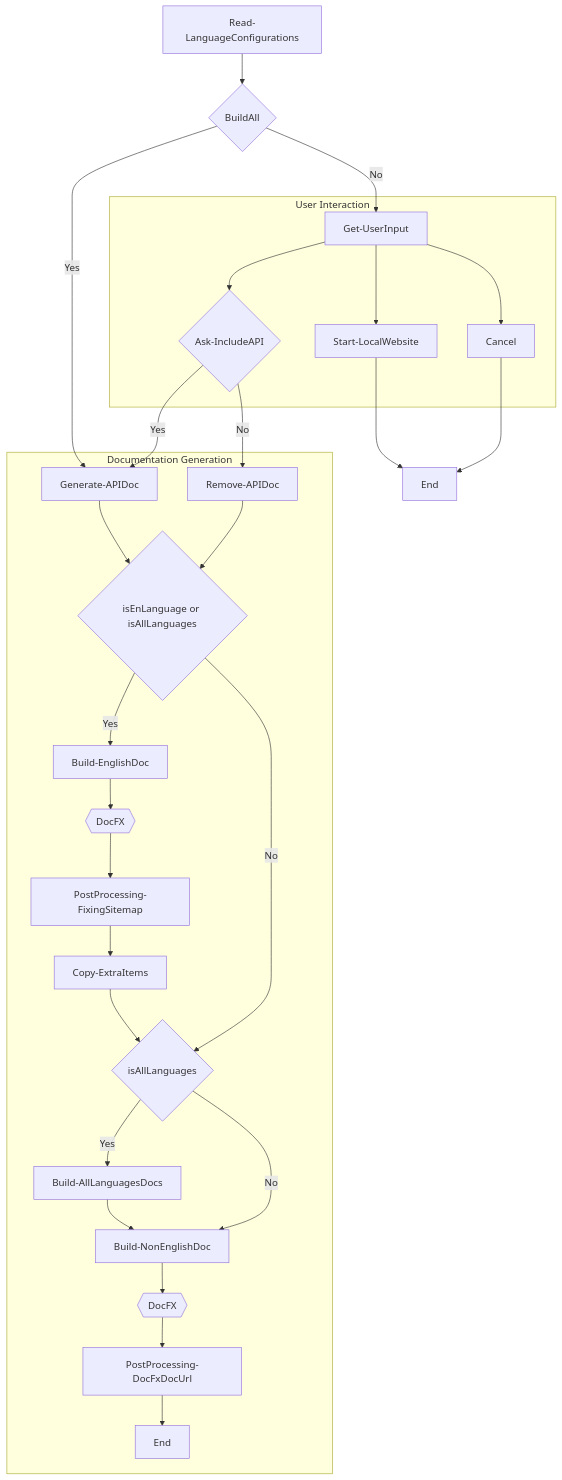
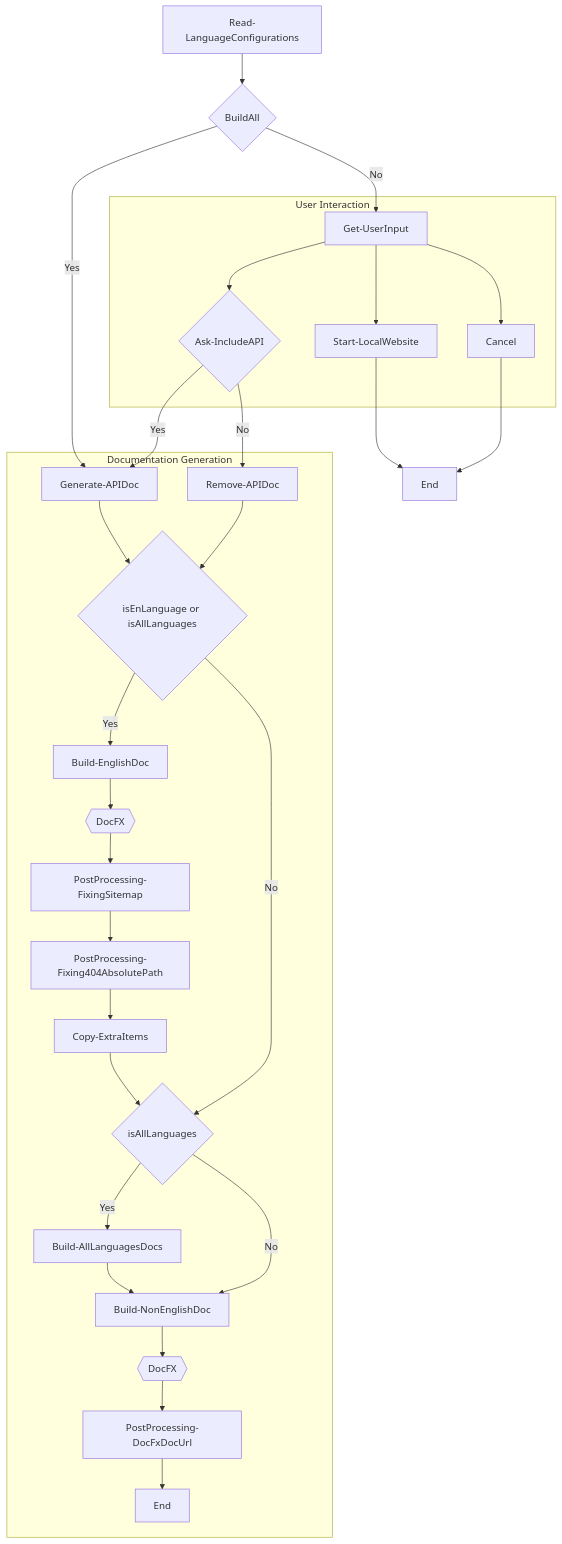
The diagram in README.md (NexStandard/stride-docs-next), drawn with Mermaid before and after one commit.

Commit message:
feat: postprocessing added to chart

````diff
--- a/README.md
+++ b/README.md
@@ -125,54 +125,55 @@
 ``` mermaid
 %% Define styles
 
 %% Main Graph
 graph TB
 
 %% Nodes
     A[Read-LanguageConfigurations]
     B{BuildAll}
     C[Get-UserInput]
     D[Generate-APIDoc]
     E{Ask-IncludeAPI}
     End[End]
     F[Start-LocalWebsite]
     G[Cancel]
     H[Remove-APIDoc]
     M{isEnLanguage or isAllLanguages}
     N[Build-EnglishDoc]
     O[PostProcessing-FixingSitemap]
+    O1[PostProcessing-Fixing404AbsolutePath]
     P[Copy-ExtraItems]
     R{isAllLanguages}
     S[Build-AllLanguagesDocs]
     T[Build-NonEnglishDoc]
     Y[PostProcessing-DocFxDocUrl]
     Z[End]
 
 %% Edges
     A --> B
     B -->|Yes| D
     B -->|No| C
     subgraph User Interaction
     C --> E
     C --> F
     C --> G
     end
     F --> End
     G --> End
     E -->|Yes| D
     E -->|No| H
     subgraph Documentation Generation
     H --> M
     D --> M
     M -->|Yes| N
     M -->|No| R
-    N --> DocFX{{DocFX}} --> O --> P
+    N --> DocFX{{DocFX}} --> O --> O1--> P
     P --> R
     R -->|Yes| S
     R -->|No| T
     S --> T
     T --> X{{DocFX}}
     X --> Y
     Y --> Z
     end
 ```
````
